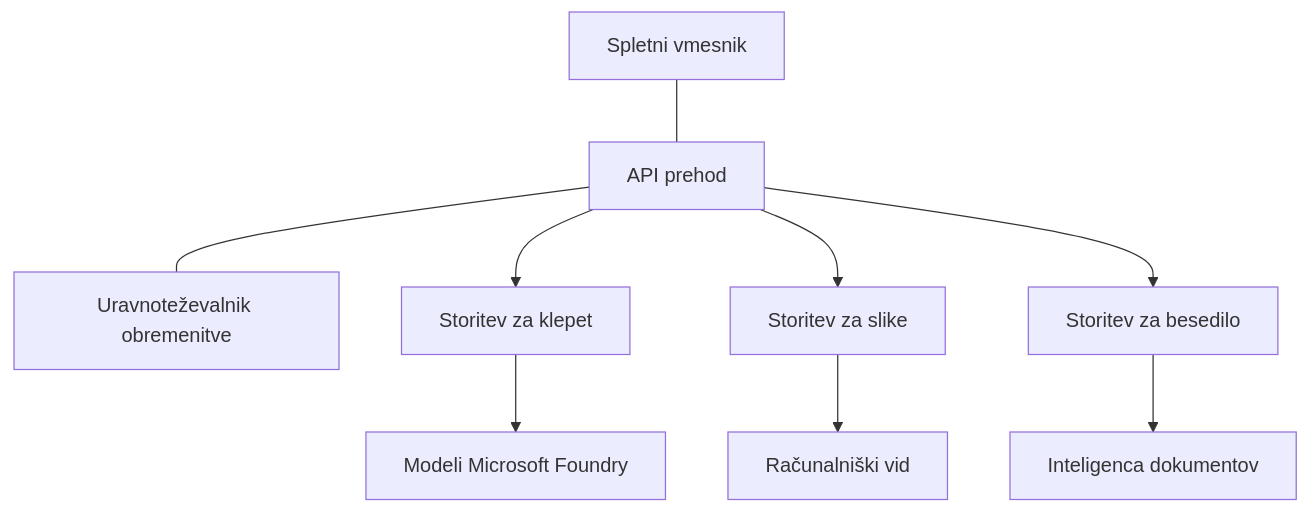
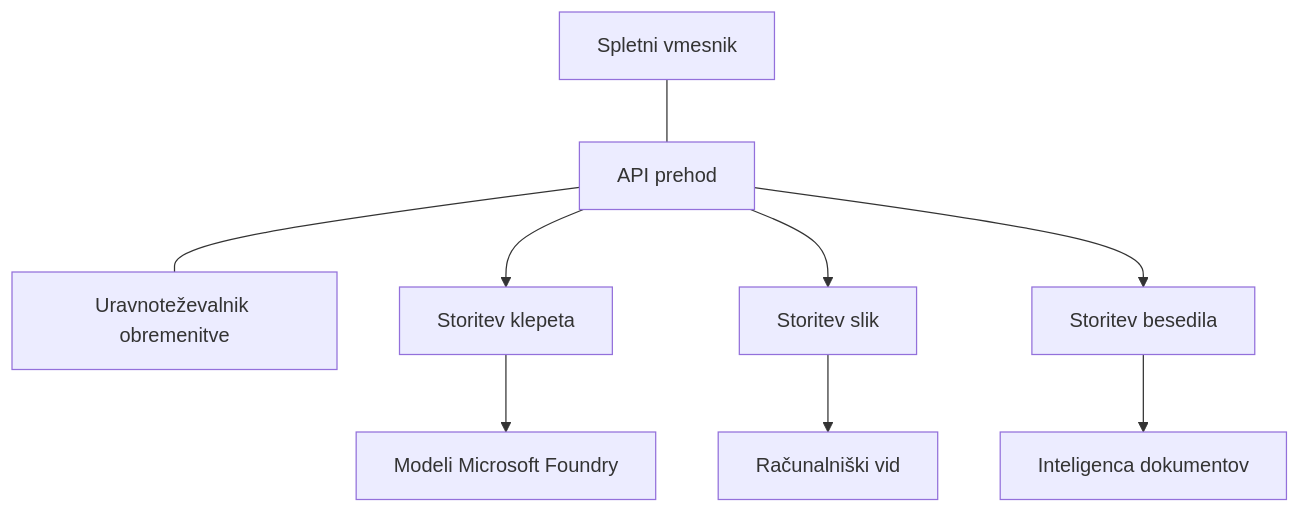
Before and after one commit to microsoft/AZD-for-beginners: the diagram in translations/sl/docs/chapter-08-production/production-ai-practices.md, drawn with Mermaid. The commit also changed other lines of this file and 104 other files, not shown here.

````diff
--- a/translations/sl/docs/chapter-08-production/production-ai-practices.md
+++ b/translations/sl/docs/chapter-08-production/production-ai-practices.md
@@ -30,10 +30,10 @@
 ```mermaid
 graph TD
     Frontend[Spletni vmesnik] --- Gateway[API prehod] --- LB[Uravnoteževalnik obremenitve]
-    Gateway --> Chat[Storitev za klepet]
-    Gateway --> Image[Storitev za slike]
-    Gateway --> Text[Storitev za besedilo]
+    Gateway --> Chat[Storitev klepeta]
+    Gateway --> Image[Storitev slik]
+    Gateway --> Text[Storitev besedila]
     Chat --> OpenAI[Modeli Microsoft Foundry]
     Image --> Vision[Računalniški vid]
     Text --> DocIntel[Inteligenca dokumentov]
 ```
````
